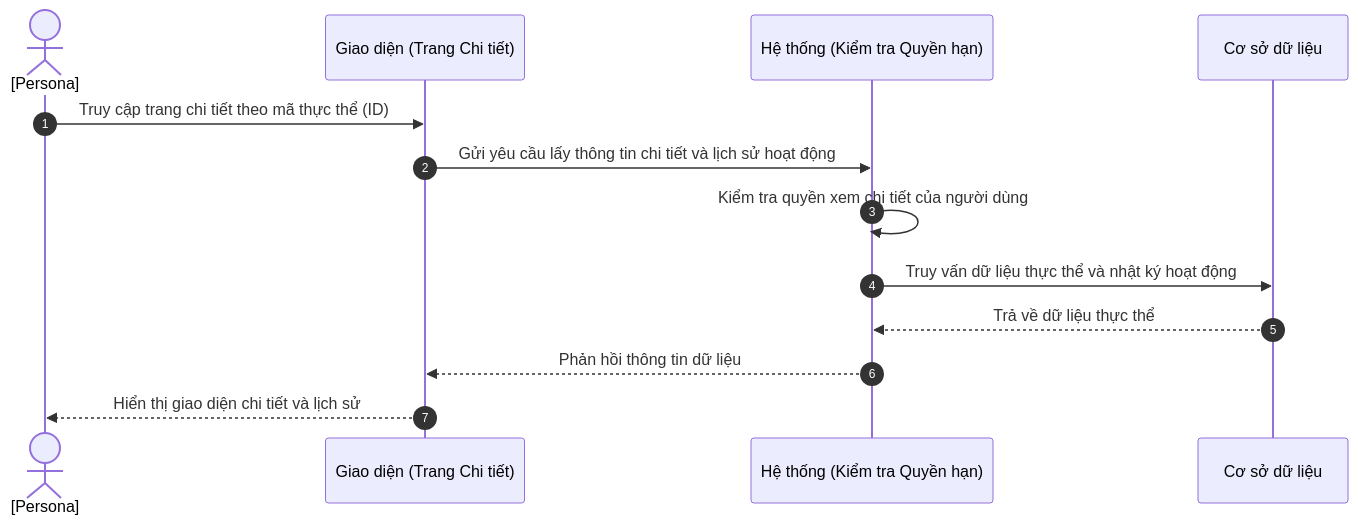
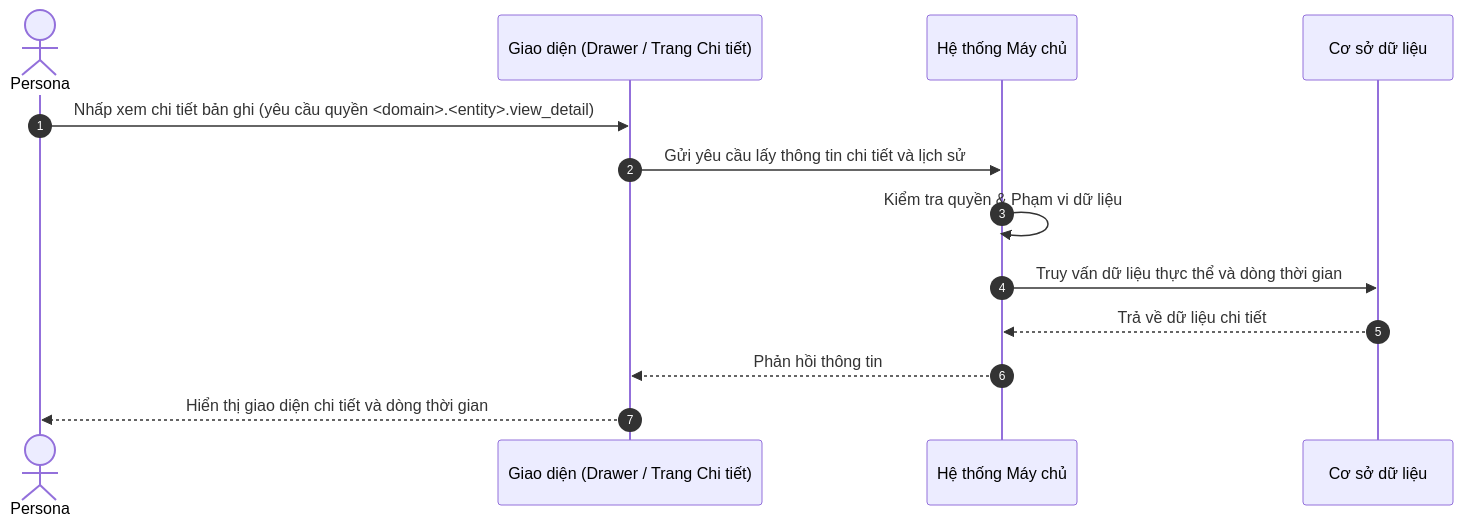
The diagram in docs/templates/TEMPLATE-US-DETAIL.md (Gasyone/rinov5-station), drawn with Mermaid before and after one commit. The commit also changed other lines of this file and 40 other files, not shown here.

````diff
--- a/docs/templates/TEMPLATE-US-DETAIL.md
+++ b/docs/templates/TEMPLATE-US-DETAIL.md
@@ -55,16 +41,16 @@
 ```mermaid
 sequenceDiagram
     autonumber
-    actor U as [Persona]
-    participant F as Giao diện (Trang Chi tiết)
-    participant S as Hệ thống (Kiểm tra Quyền hạn)
+    actor U as Persona
+    participant F as Giao diện (Drawer / Trang Chi tiết)
+    participant S as Hệ thống Máy chủ
     participant DB as Cơ sở dữ liệu
 
-    U->>F: Truy cập trang chi tiết theo mã thực thể (ID)
-    F->>S: Gửi yêu cầu lấy thông tin chi tiết và lịch sử hoạt động
-    S->>S: Kiểm tra quyền xem chi tiết của người dùng
-    S->>DB: Truy vấn dữ liệu thực thể và nhật ký hoạt động
-    DB-->>S: Trả về dữ liệu thực thể
-    S-->>F: Phản hồi thông tin dữ liệu
-    F-->>U: Hiển thị giao diện chi tiết và lịch sử
+    U->>F: Nhấp xem chi tiết bản ghi (yêu cầu quyền <domain>.<entity>.view_detail)
+    F->>S: Gửi yêu cầu lấy thông tin chi tiết và lịch sử
+    S->>S: Kiểm tra quyền & Phạm vi dữ liệu
+    S->>DB: Truy vấn dữ liệu thực thể và dòng thời gian
+    DB-->>S: Trả về dữ liệu chi tiết
+    S-->>F: Phản hồi thông tin
+    F-->>U: Hiển thị giao diện chi tiết và dòng thời gian
 ```
````
